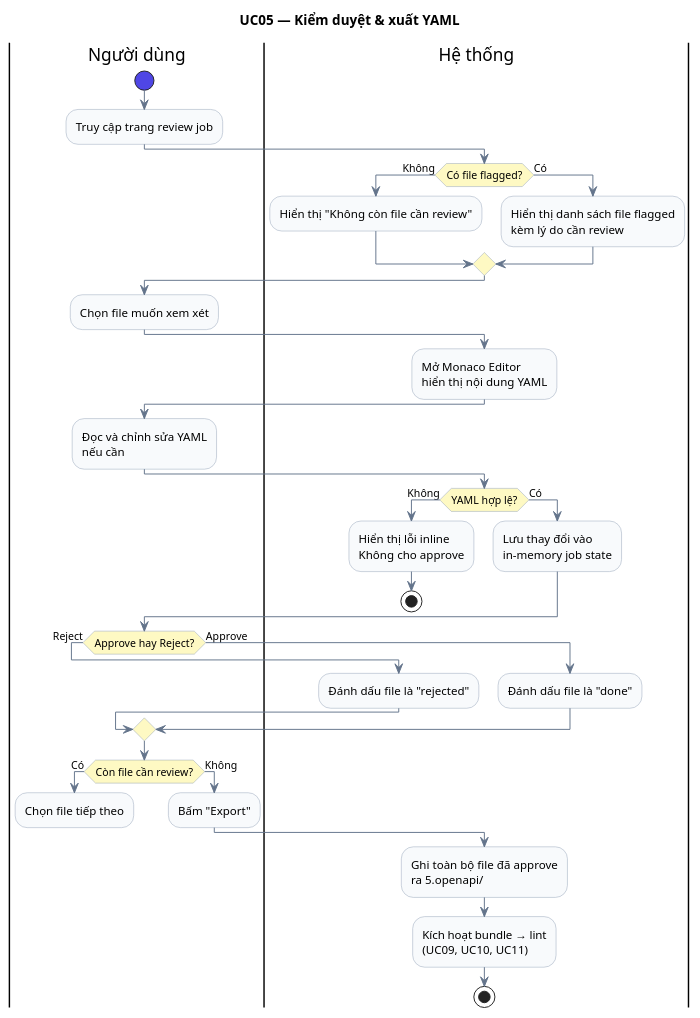
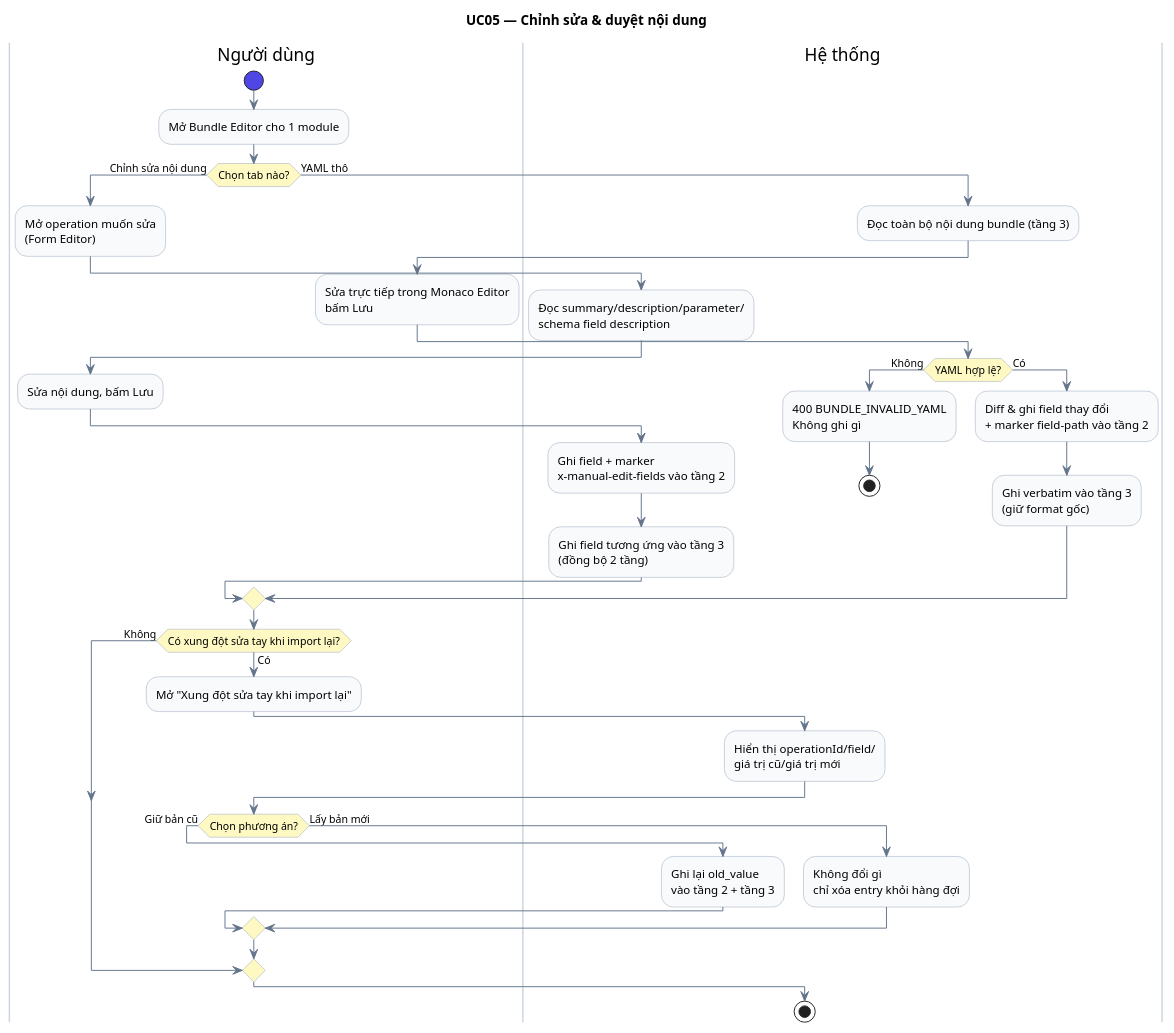
The diagram in docs/activity/UC05_activity.puml (DuyTon666/API-CONVERTER), drawn with PlantUML before and after one commit. The commit also changed 80 other files, not shown here.

```diff
--- a/docs/activity/UC05_activity.puml
+++ b/docs/activity/UC05_activity.puml
@@ -1,61 +1,57 @@
-@startuml UC05_KiemDuyetXuatYAML
+@startuml UC05_ChinhSuaDuyetNoiDung
 skinparam ActivityBackgroundColor #F8FAFC
 skinparam ActivityBorderColor #94A3B8
 skinparam ArrowColor #64748B
 skinparam ActivityDiamondBackgroundColor #FEF9C3
 skinparam ActivityStartColor #4F46E5
 skinparam ActivityEndColor #4F46E5
+skinparam SwimlaneBorderColor #CBD5E1
 
-title UC05 — Kiểm duyệt & xuất YAML
+title UC05 — Chỉnh sửa & duyệt nội dung
 
 |Người dùng|
 start
-:Truy cập trang review job;
+:Mở Bundle Editor cho 1 module;
 
-|Hệ thống|
-if (Có file flagged?) then (Không)
-  :Hiển thị "Không còn file cần review";
-else (Có)
-  :Hiển thị danh sách file flagged\nkèm lý do cần review;
+if (Chọn tab nào?) then (Chỉnh sửa nội dung)
+  :Mở operation muốn sửa\n(Form Editor);
+  |Hệ thống|
+  :Đọc summary/description/parameter/\nschema field description;
+  |Người dùng|
+  :Sửa nội dung, bấm Lưu;
+  |Hệ thống|
+  :Ghi field + marker\nx-manual-edit-fields vào tầng 2;
+  :Ghi field tương ứng vào tầng 3\n(đồng bộ 2 tầng);
+else (YAML thô)
+  |Hệ thống|
+  :Đọc toàn bộ nội dung bundle (tầng 3);
+  |Người dùng|
+  :Sửa trực tiếp trong Monaco Editor\nbấm Lưu;
+  |Hệ thống|
+  if (YAML hợp lệ?) then (Không)
+    :400 BUNDLE_INVALID_YAML\nKhông ghi gì;
+    stop
+  else (Có)
+    :Diff & ghi field thay đổi\n+ marker field-path vào tầng 2;
+    :Ghi verbatim vào tầng 3\n(giữ format gốc);
+  endif
 endif
 
 |Người dùng|
-:Chọn file muốn xem xét;
-
-|Hệ thống|
-:Mở Monaco Editor\nhiển thị nội dung YAML;
-
-|Người dùng|
-:Đọc và chỉnh sửa YAML\nnếu cần;
-
-|Hệ thống|
-if (YAML hợp lệ?) then (Không)
-  :Hiển thị lỗi inline\nKhông cho approve;
-  stop
-else (Có)
-  :Lưu thay đổi vào\nin-memory job state;
+if (Có xung đột sửa tay khi import lại?) then (Có)
+  :Mở "Xung đột sửa tay khi import lại";
+  |Hệ thống|
+  :Hiển thị operationId/field/\ngiá trị cũ/giá trị mới;
+  |Người dùng|
+  if (Chọn phương án?) then (Giữ bản cũ)
+    |Hệ thống|
+    :Ghi lại old_value\nvào tầng 2 + tầng 3;
+  else (Lấy bản mới)
+    |Hệ thống|
+    :Không đổi gì\nchỉ xóa entry khỏi hàng đợi;
+  endif
+else (Không)
 endif
-
-|Người dùng|
-if (Approve hay Reject?) then (Reject)
-  |Hệ thống|
-  :Đánh dấu file là "rejected";
-else (Approve)
-  |Hệ thống|
-  :Đánh dấu file là "done";
-endif
-
-|Người dùng|
-if (Còn file cần review?) then (Có)
-  :Chọn file tiếp theo;
-  detach
-else (Không)
-  :Bấm "Export";
-endif
-
-|Hệ thống|
-:Ghi toàn bộ file đã approve\nra 5.openapi/;
-:Kích hoạt bundle → lint\n(UC09, UC10, UC11);
 
 stop
 @enduml
```
